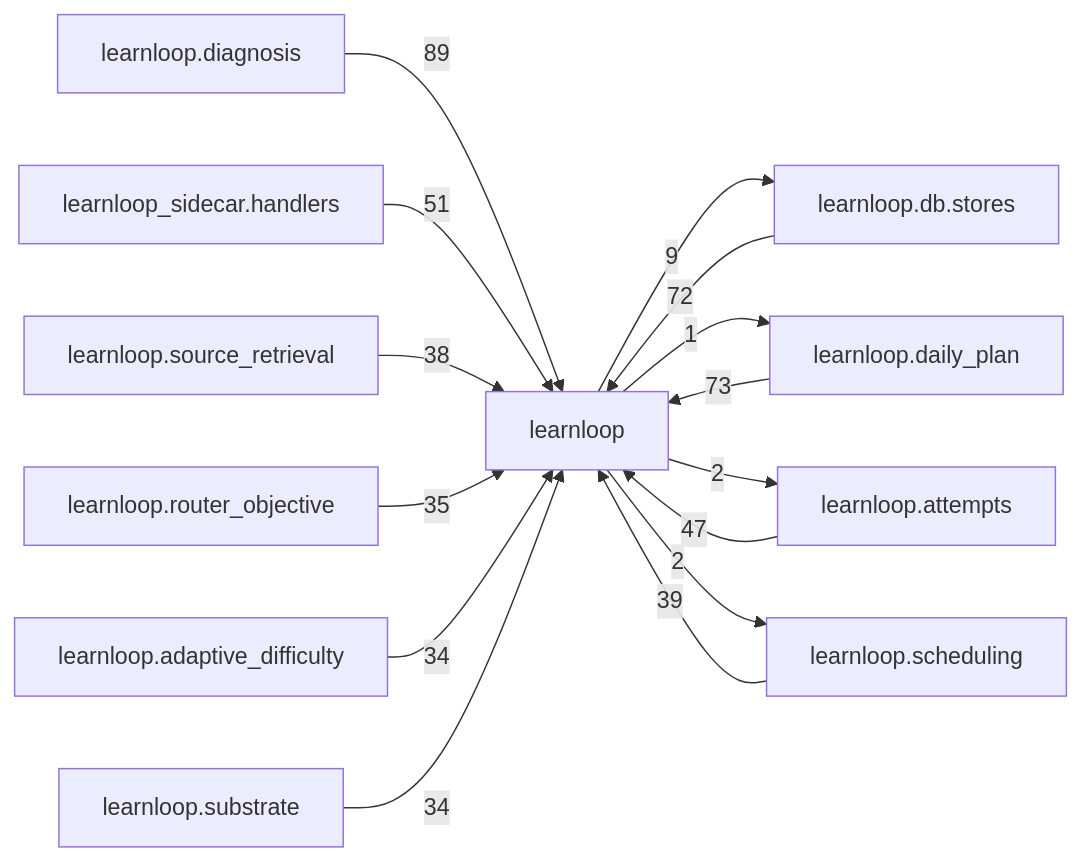
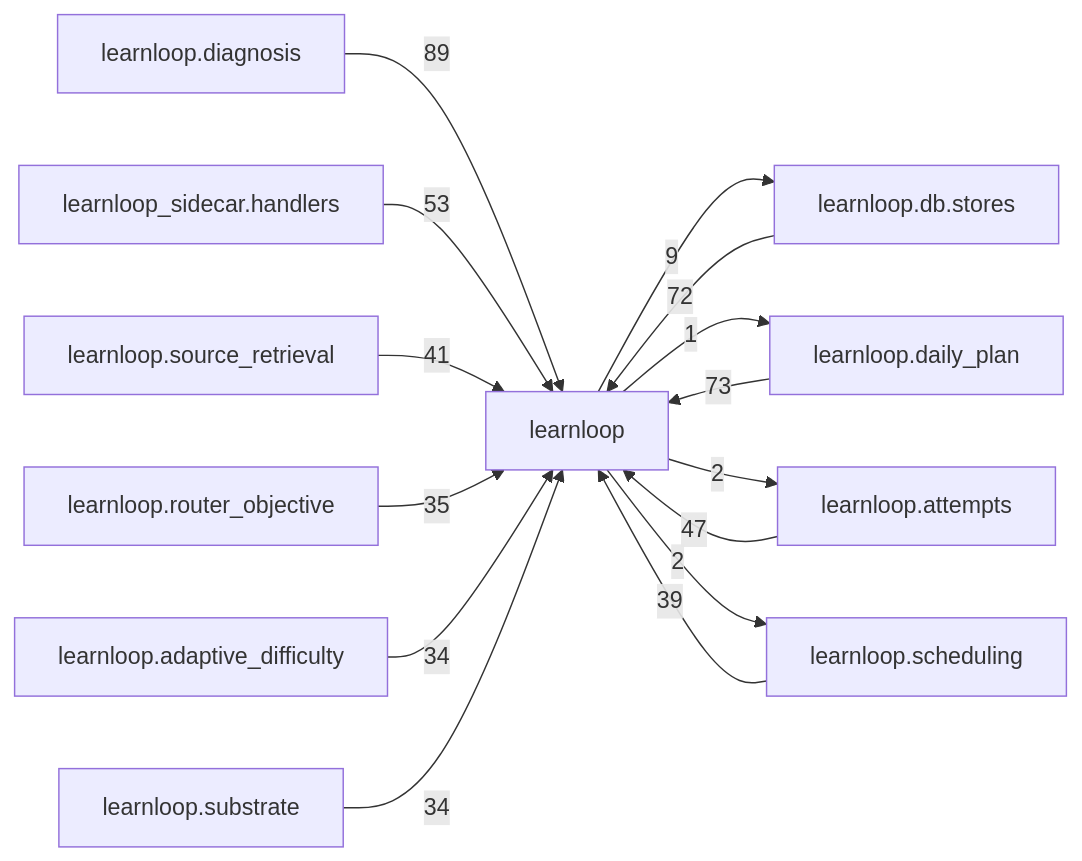
Before and after one commit to 6up-b/learnanything: the diagram in docs/learnloop-architecture-vault/Reference/Modules/learnloop/_package.md, drawn with Mermaid. The commit also changed other lines of this file and 56 other files, not shown here.

````diff
--- a/docs/learnloop-architecture-vault/Reference/Modules/learnloop/_package.md
+++ b/docs/learnloop-architecture-vault/Reference/Modules/learnloop/_package.md
@@ -271,28 +271,28 @@
 ```mermaid
 flowchart LR
     center["learnloop"]
     n_learnloop_diagnosis["learnloop.diagnosis"]
     n_learnloop_db_stores["learnloop.db.stores"]
     n_learnloop_daily_plan["learnloop.daily_plan"]
     n_learnloop_sidecar_handlers["learnloop_sidecar.handlers"]
     n_learnloop_attempts["learnloop.attempts"]
     n_learnloop_scheduling["learnloop.scheduling"]
     n_learnloop_source_retrieval["learnloop.source_retrieval"]
     n_learnloop_router_objective["learnloop.router_objective"]
     n_learnloop_adaptive_difficulty["learnloop.adaptive_difficulty"]
     n_learnloop_substrate["learnloop.substrate"]
     n_learnloop_diagnosis -->|89| center
     n_learnloop_db_stores -->|72| center
     center -->|9| n_learnloop_db_stores
     n_learnloop_daily_plan -->|73| center
     center -->|1| n_learnloop_daily_plan
-    n_learnloop_sidecar_handlers -->|51| center
+    n_learnloop_sidecar_handlers -->|53| center
     n_learnloop_attempts -->|47| center
     center -->|2| n_learnloop_attempts
     n_learnloop_scheduling -->|39| center
     center -->|2| n_learnloop_scheduling
-    n_learnloop_source_retrieval -->|38| center
+    n_learnloop_source_retrieval -->|41| center
     n_learnloop_router_objective -->|35| center
     n_learnloop_adaptive_difficulty -->|34| center
     n_learnloop_substrate -->|34| center
 ```
````
